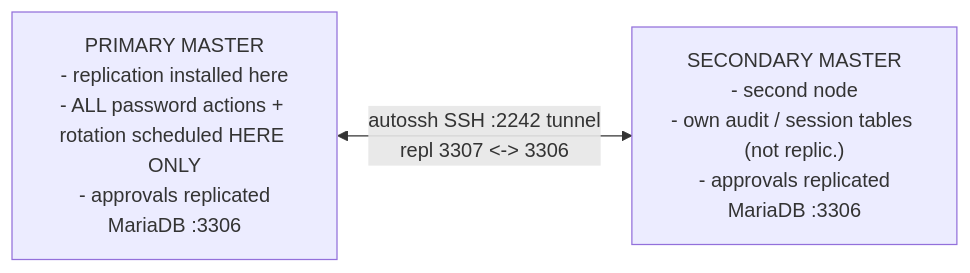
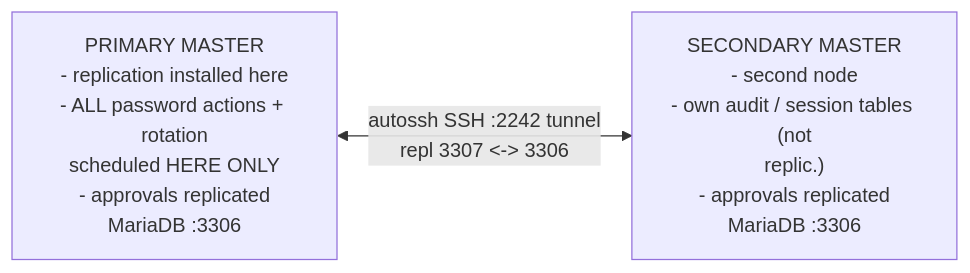
The second of 5 diagrams in deep-dives/high-availability-and-dr.md (morandeirachema/WallixCerts), drawn with Mermaid before and after one commit. The commit also changed other lines of this file and 37 other files, not shown here.

First line of the commit message:
Make Mermaid node boxes fit their text (wrap long labels) + enforce it

````diff
--- a/deep-dives/high-availability-and-dr.md
+++ b/deep-dives/high-availability-and-dr.md
@@ -88,6 +88,6 @@
 ```mermaid
 flowchart LR
-    Primary["PRIMARY MASTER<br/>- replication installed here<br/>- ALL password actions + rotation scheduled HERE ONLY<br/>- approvals replicated<br/>MariaDB :3306"]
-    Secondary["SECONDARY MASTER<br/>- second node<br/>- own audit / session tables (not replic.)<br/>- approvals replicated<br/>MariaDB :3306"]
+    Primary["PRIMARY MASTER<br/>- replication installed here<br/>- ALL password actions + rotation<br/>scheduled HERE ONLY<br/>- approvals replicated<br/>MariaDB :3306"]
+    Secondary["SECONDARY MASTER<br/>- second node<br/>- own audit / session tables (not<br/>replic.)<br/>- approvals replicated<br/>MariaDB :3306"]
     Primary <-->|"autossh SSH :2242 tunnel<br/>repl 3307 &lt;-&gt; 3306"| Secondary
 ```
````
